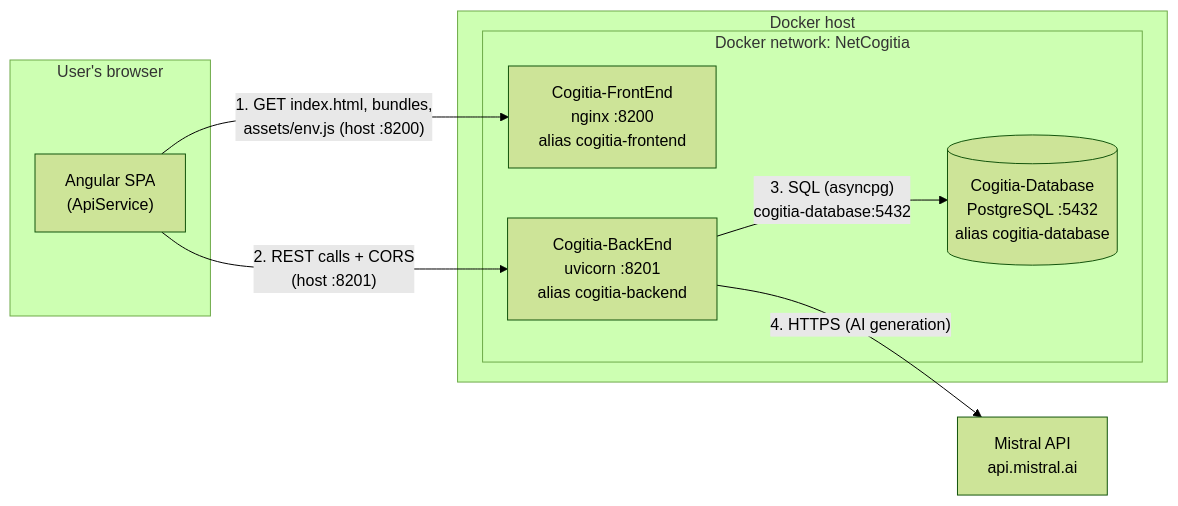
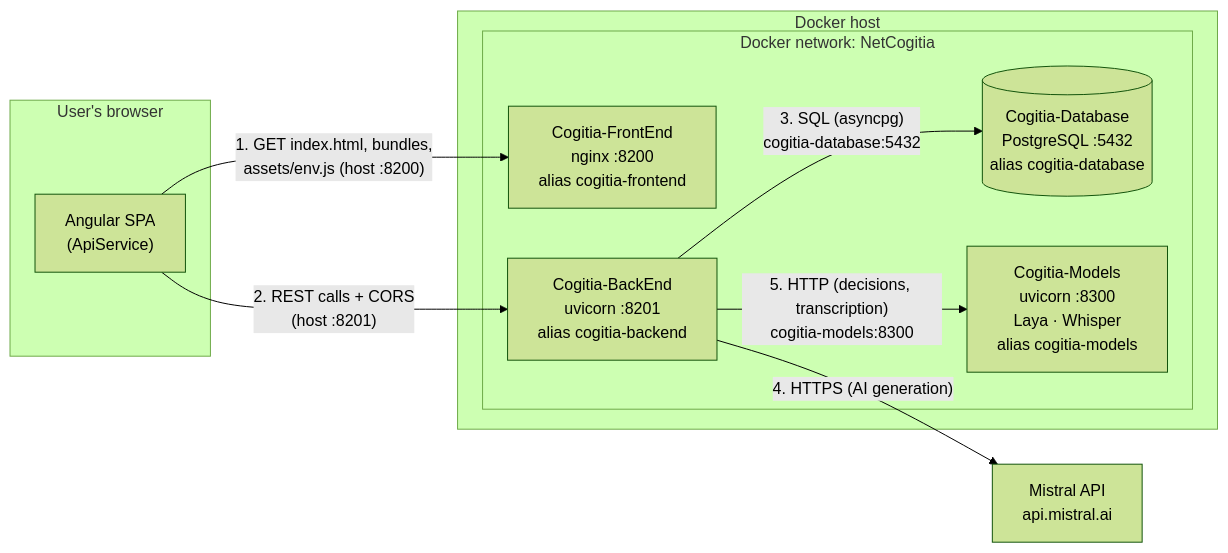
The first of 5 diagrams in ARCHITECTURE.md (nabil75/terracogitia_installation), drawn with Mermaid (forest theme) before and after one commit. The commit also changed other lines of this file and 18 other files, not shown here.

````diff
--- a/ARCHITECTURE.md
+++ b/ARCHITECTURE.md
@@ -39,21 +44,23 @@
 ```mermaid
 flowchart LR
     subgraph Browser["User's browser"]
         SPA["Angular SPA<br/>(ApiService)"]
     end
 
     subgraph Host["Docker host"]
         subgraph Net["Docker network: NetCogitia"]
             FE["Cogitia-FrontEnd<br/>nginx :8200<br/>alias cogitia-frontend"]
             BE["Cogitia-BackEnd<br/>uvicorn :8201<br/>alias cogitia-backend"]
             DB[("Cogitia-Database<br/>PostgreSQL :5432<br/>alias cogitia-database")]
+            MO["Cogitia-Models<br/>uvicorn :8300<br/>Laya · Whisper<br/>alias cogitia-models"]
         end
     end
 
     Mistral["Mistral API<br/>api.mistral.ai"]
 
     SPA -- "1. GET index.html, bundles,<br/>assets/env.js (host :8200)" --> FE
     SPA -- "2. REST calls + CORS<br/>(host :8201)" --> BE
     BE -- "3. SQL (asyncpg)<br/>cogitia-database:5432" --> DB
     BE -- "4. HTTPS (AI generation)" --> Mistral
+    BE -- "5. HTTP (decisions, transcription)<br/>cogitia-models:8300" --> MO
 ```
````
